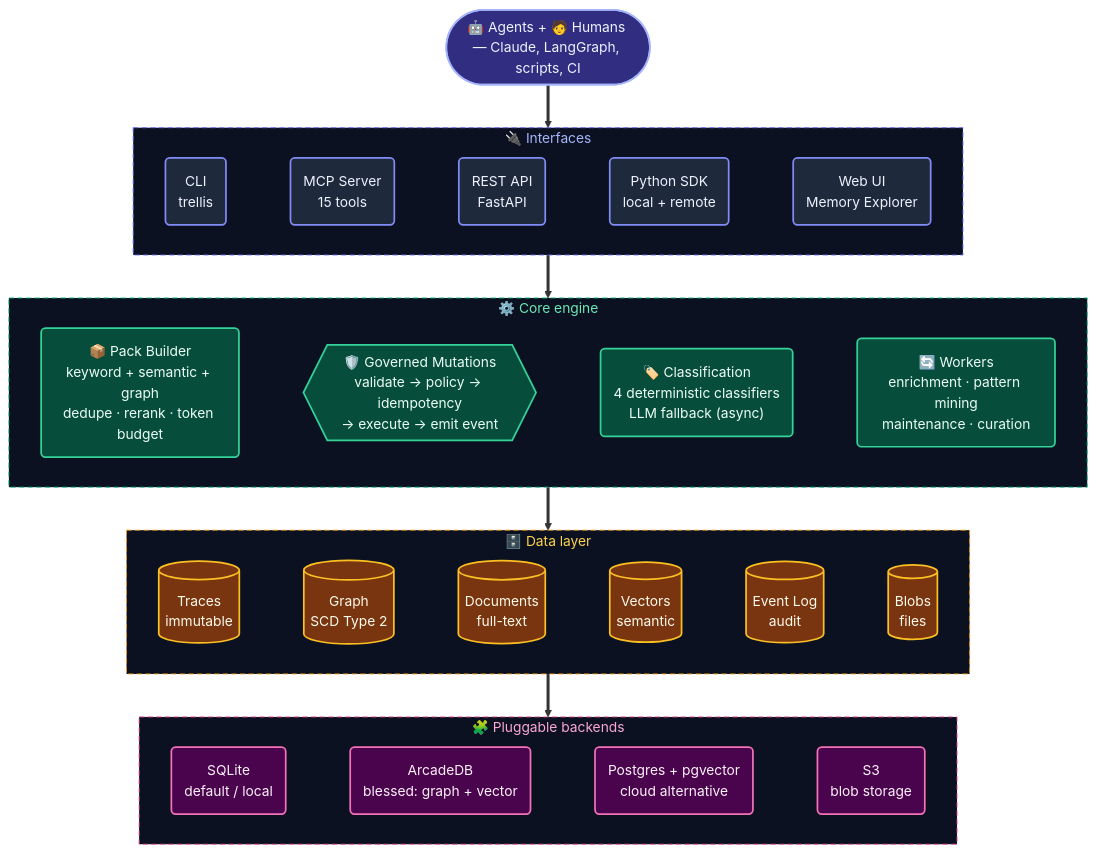
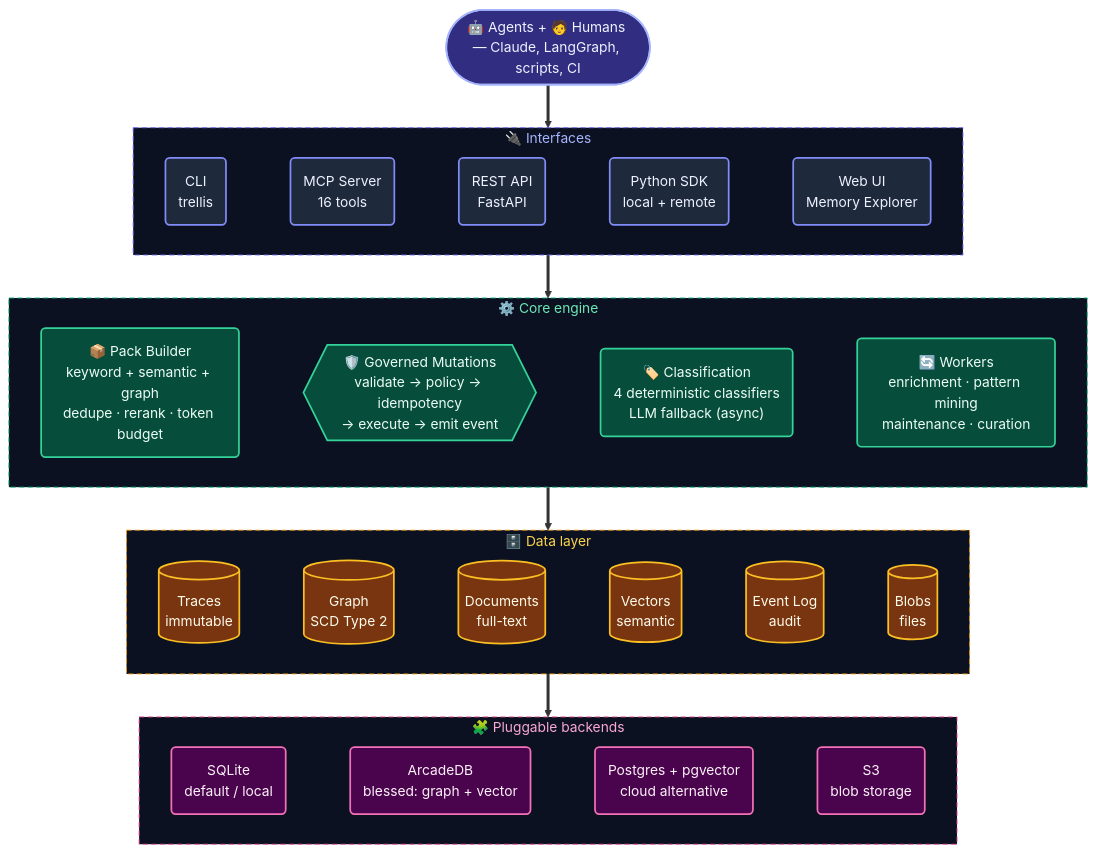
One commit to ronsse/trellis-ai changed the second of 6 diagrams in README.md. Above: the diagram before and after it, drawn with Mermaid. The commit also changed other lines of this file and 15 other files, not shown here.

````diff
--- a/README.md
+++ b/README.md
@@ -107,44 +107,44 @@
 ```mermaid
 flowchart TB
     Users(["🤖 Agents + 🧑 Humans — Claude, LangGraph, scripts, CI"])
 
     subgraph Interfaces["🔌 Interfaces"]
         direction LR
-        CLI("CLI<br/>trellis") ~~~ MCP("MCP Server<br/>15 tools") ~~~ REST("REST API<br/>FastAPI") ~~~ SDK("Python SDK<br/>local + remote") ~~~ UI("Web UI<br/>Memory Explorer")
+        CLI("CLI<br/>trellis") ~~~ MCP("MCP Server<br/>16 tools") ~~~ REST("REST API<br/>FastAPI") ~~~ SDK("Python SDK<br/>local + remote") ~~~ UI("Web UI<br/>Memory Explorer")
     end
 
     subgraph Core["⚙️ Core engine"]
         direction LR
         PB("📦 Pack Builder<br/>keyword + semantic + graph<br/>dedupe · rerank · token budget") ~~~ GP{{"🛡️ Governed Mutations<br/>validate → policy → idempotency<br/>→ execute → emit event"}} ~~~ CL("🏷️ Classification<br/>4 deterministic classifiers<br/>LLM fallback (async)") ~~~ WK("🔄 Workers<br/>enrichment · pattern mining<br/>maintenance · curation")
     end
 
     subgraph Data["🗄️ Data layer"]
         direction LR
         TR[("Traces<br/>immutable")] ~~~ GR[("Graph<br/>SCD Type 2")] ~~~ DO[("Documents<br/>full-text")] ~~~ VE[("Vectors<br/>semantic")] ~~~ EL[("Event Log<br/>audit")] ~~~ BL[("Blobs<br/>files")]
     end
 
     subgraph Backends["🧩 Pluggable backends"]
         direction LR
         SQ("SQLite<br/>default / local") ~~~ AR("ArcadeDB<br/>blessed: graph + vector") ~~~ PG("Postgres + pgvector<br/>cloud alternative") ~~~ S3("S3<br/>blob storage")
     end
 
     Users ==> Interfaces
     Interfaces ==> Core
     Core ==> Data
     Data ==> Backends
 
     classDef iface fill:#1e293b,stroke:#818cf8,stroke-width:2px,color:#eef2ff;
     classDef agent fill:#312e81,stroke:#a5b4fc,stroke-width:2px,color:#eef2ff;
     classDef core fill:#064e3b,stroke:#34d399,stroke-width:2px,color:#ecfdf5;
     classDef data fill:#78350f,stroke:#fbbf24,stroke-width:2px,color:#fffbeb;
     classDef back fill:#4a044e,stroke:#f472b6,stroke-width:2px,color:#fdf2f8;
     class CLI,MCP,REST,SDK,UI iface;
     class Users agent;
     class PB,GP,CL,WK core;
     class TR,GR,DO,VE,EL,BL data;
     class SQ,PG,S3,AR back;
     style Interfaces fill:#0b1120,stroke:#6366f1,stroke-width:1px,stroke-dasharray:6 4,color:#a5b4fc;
     style Core fill:#0b1120,stroke:#10b981,stroke-width:1px,stroke-dasharray:6 4,color:#6ee7b7;
     style Data fill:#0b1120,stroke:#f59e0b,stroke-width:1px,stroke-dasharray:6 4,color:#fcd34d;
     style Backends fill:#0b1120,stroke:#ec4899,stroke-width:1px,stroke-dasharray:6 4,color:#f9a8d4;
 ```
````
